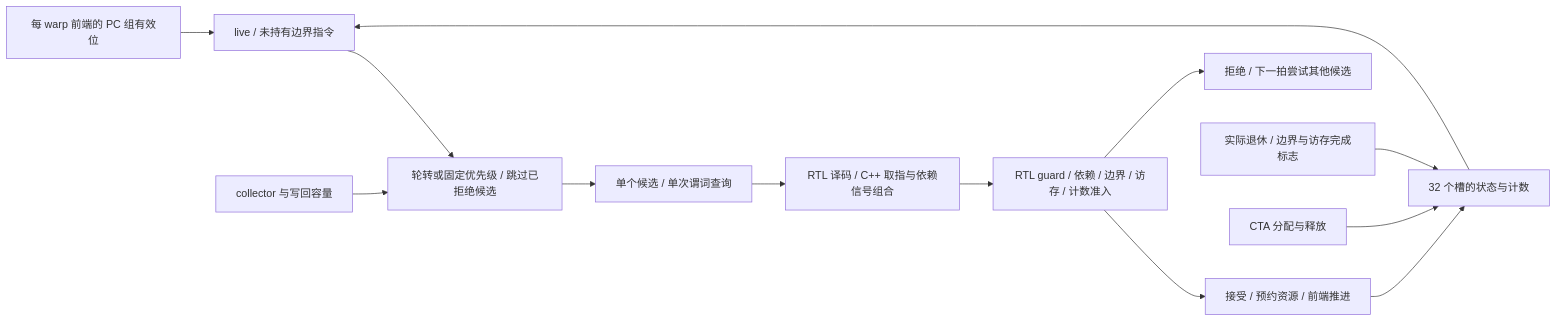
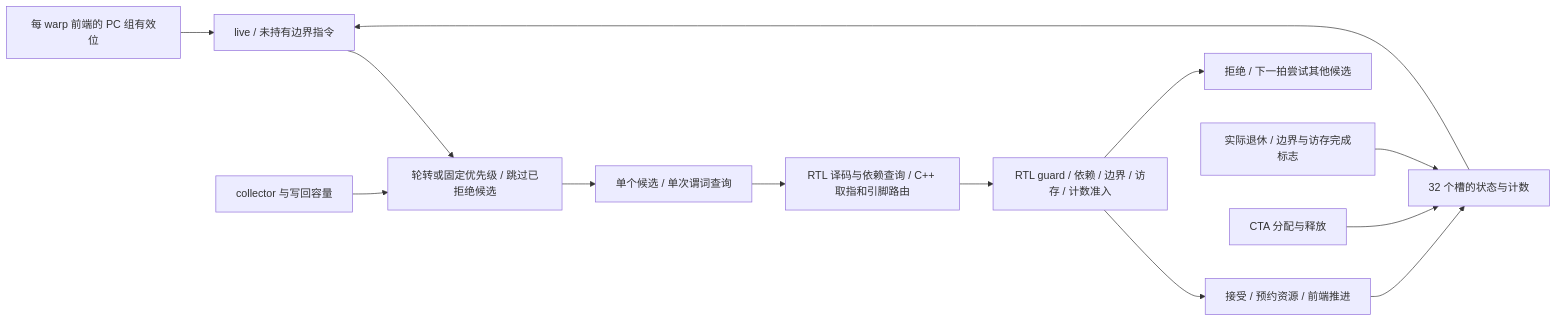
The diagram in docs/RTL_WARP_SCHEDULER.md (zdshq/simt-lab), drawn with Mermaid before and after one commit. The commit also changed other lines of this file and 28 other files, not shown here.

````diff
--- a/docs/RTL_WARP_SCHEDULER.md
+++ b/docs/RTL_WARP_SCHEDULER.md
@@ -24,15 +24,15 @@
 ```mermaid
 flowchart LR
     F[每 warp 前端的 PC 组有效位] --> E[live / 未持有边界指令]
     S[32 个槽的状态与计数] --> E
     E --> R[轮转或固定优先级 / 跳过已拒绝候选]
     R --> P[单个候选 / 单次谓词查询]
-    P --> D[RTL 译码 / C++ 取指与依赖信号组合]
+    P --> D[RTL 译码与依赖查询 / C++ 取指和引脚路由]
     D --> A[RTL guard / 依赖 / 边界 / 访存 / 计数准入]
     C[collector 与写回容量] --> R
     A --> I[接受 / 预约资源 / 前端推进]
     A --> X[拒绝 / 下一拍尝试其他候选]
     I --> S
     W[实际退休 / 边界与访存完成标志] --> S
     L[CTA 分配与释放] --> S
 ```
````
